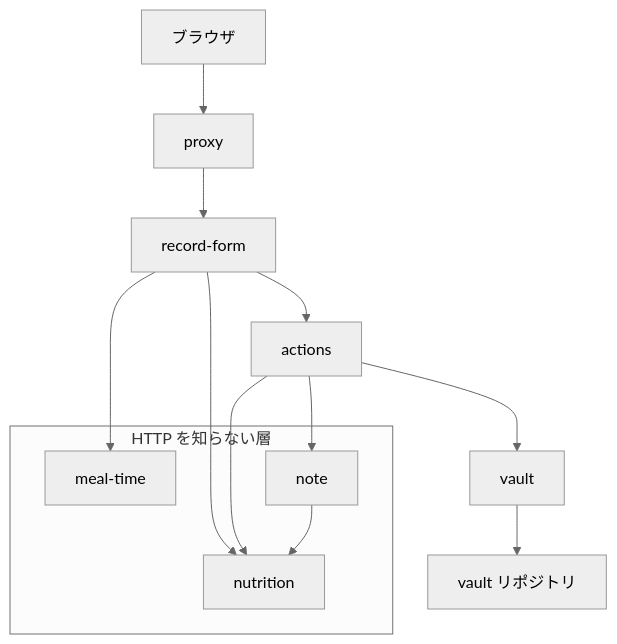
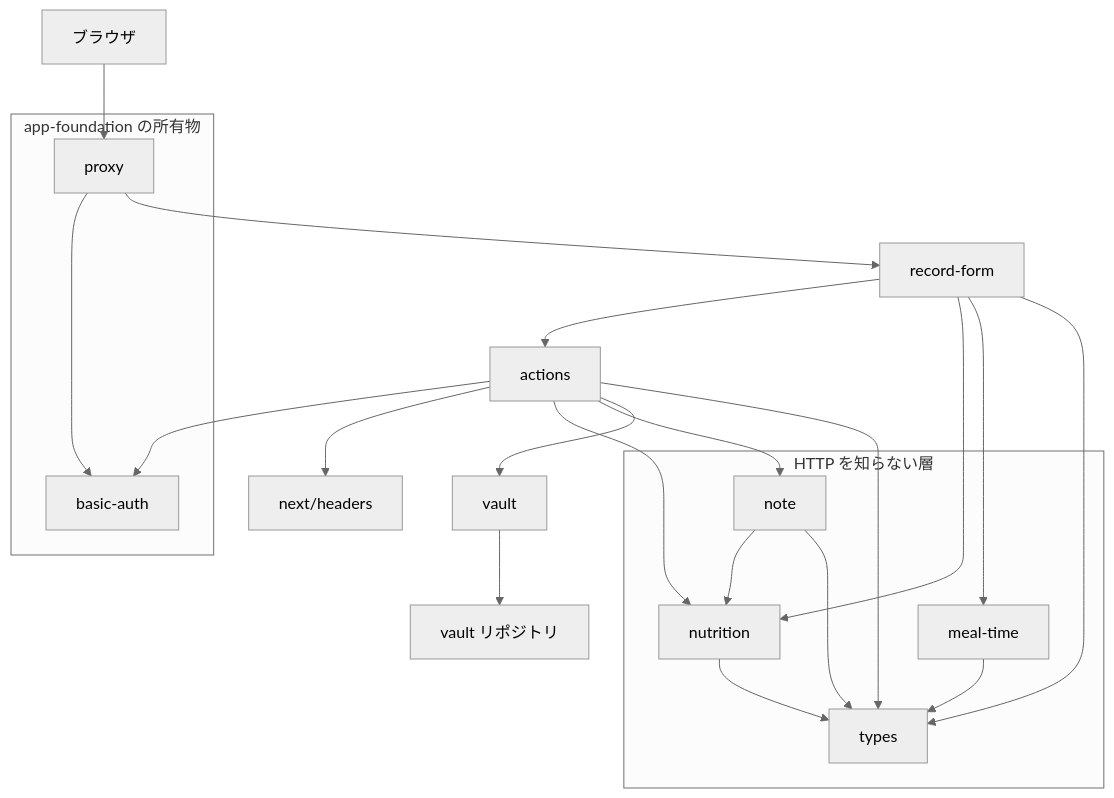
The first of 2 diagrams in .kiro/specs/meal-record/design.md (nozomi-iida/obsidian-meal-log), drawn with Mermaid (neutral theme) before and after one commit. The commit also changed other lines of this file and 8 other files, not shown here.

````diff
--- a/.kiro/specs/meal-record/design.md
+++ b/.kiro/specs/meal-record/design.md
@@ -85,29 +85,46 @@
 ```mermaid
 graph TB
     Browser[ブラウザ]
     Proxy[proxy]
     Form[record-form]
     Action[actions]
+    Headers[next/headers]
+    BasicAuth[basic-auth]
+    Types[types]
     Nutrition[nutrition]
     MealTime[meal-time]
     Note[note]
     Vault[vault]
     GitHub[vault リポジトリ]
 
     Browser --> Proxy
+    Proxy --> BasicAuth
     Proxy --> Form
     Form --> Action
     Form --> Nutrition
     Form --> MealTime
+    Form --> Types
+    Action --> Headers
+    Action --> BasicAuth
     Action --> Nutrition
     Action --> Note
     Action --> Vault
+    Action --> Types
     Note --> Nutrition
+    Note --> Types
+    Nutrition --> Types
+    MealTime --> Types
     Vault --> GitHub
 
     subgraph HTTP を知らない層
         Nutrition
         MealTime
         Note
+        Types
+    end
+
+    subgraph app-foundation の所有物
+        Proxy
+        BasicAuth
     end
 ```
````
